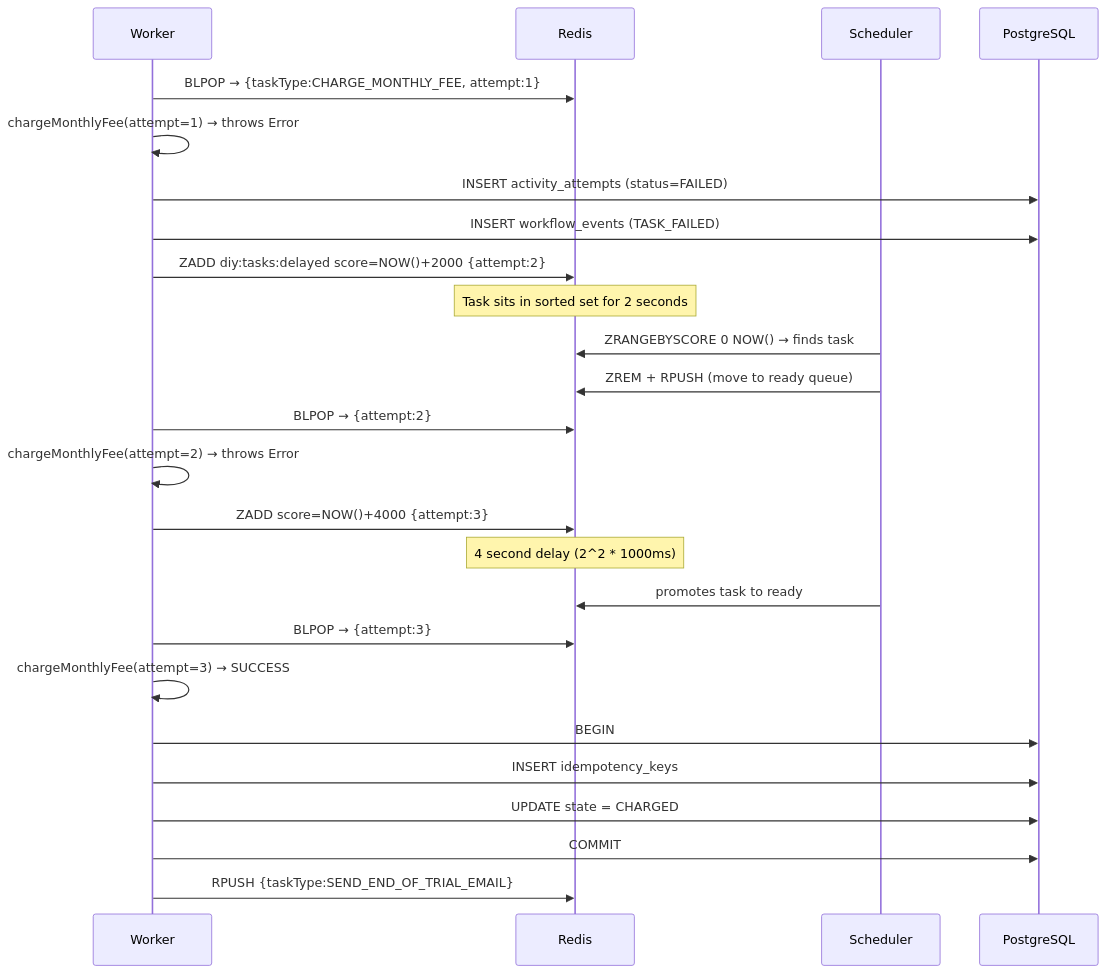
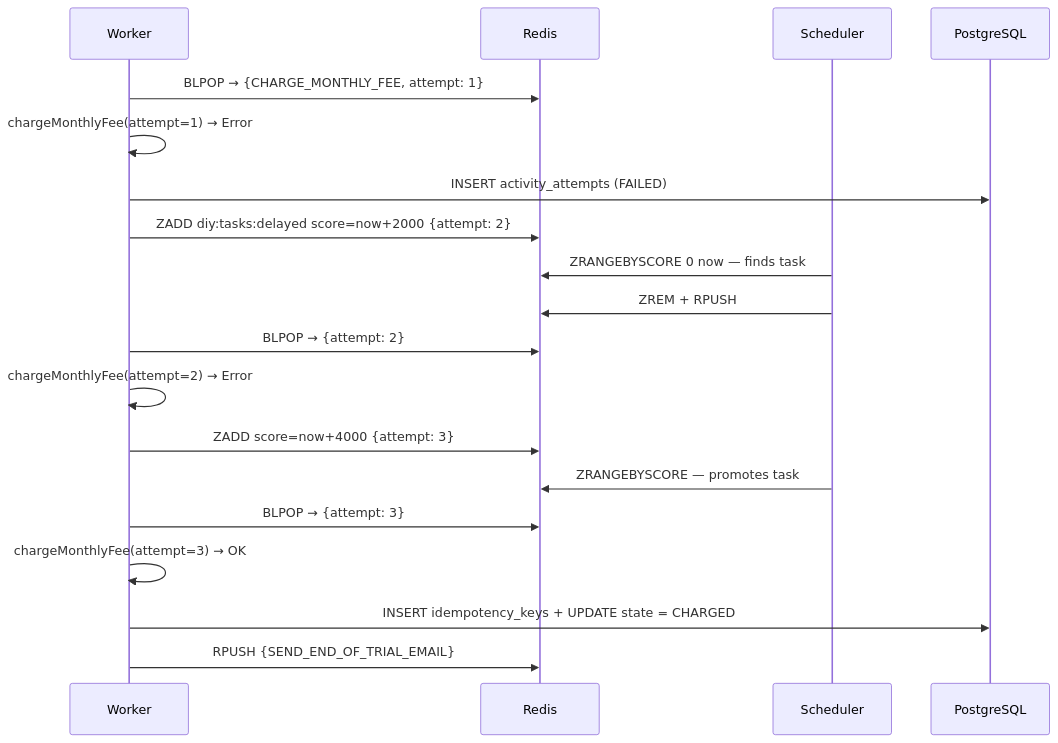
One commit to HackerM0nk/temporal-from-scratch changed the seventh of 7 diagrams in docs/architecture.md. Above: the diagram before and after it, drawn with Mermaid. The commit also changed other lines of this file and 1 other file, not shown here.

First line of the commit message:
Rewrite README and architecture docs

````diff
--- a/docs/architecture.md
+++ b/docs/architecture.md
@@ -275,33 +213,26 @@
 ```mermaid
 sequenceDiagram
     participant Worker
     participant Redis
     participant Scheduler
     participant PG as PostgreSQL
 
-    Worker->>Redis: BLPOP → {taskType:CHARGE_MONTHLY_FEE, attempt:1}
-    Worker->>Worker: chargeMonthlyFee(attempt=1) → throws Error
+    Worker->>Redis: BLPOP → {CHARGE_MONTHLY_FEE, attempt: 1}
+    Worker->>Worker: chargeMonthlyFee(attempt=1) → Error
+    Worker->>PG: INSERT activity_attempts (FAILED)
+    Worker->>Redis: ZADD diy:tasks:delayed score=now+2000 {attempt: 2}
 
-    Worker->>PG: INSERT activity_attempts (status=FAILED)
-    Worker->>PG: INSERT workflow_events (TASK_FAILED)
-    Worker->>Redis: ZADD diy:tasks:delayed score=NOW()+2000 {attempt:2}
-    Note over Redis: Task sits in sorted set for 2 seconds
+    Scheduler->>Redis: ZRANGEBYSCORE 0 now — finds task
+    Scheduler->>Redis: ZREM + RPUSH
 
-    Scheduler->>Redis: ZRANGEBYSCORE 0 NOW() → finds task
-    Scheduler->>Redis: ZREM + RPUSH (move to ready queue)
+    Worker->>Redis: BLPOP → {attempt: 2}
+    Worker->>Worker: chargeMonthlyFee(attempt=2) → Error
+    Worker->>Redis: ZADD score=now+4000 {attempt: 3}
 
-    Worker->>Redis: BLPOP → {attempt:2}
-    Worker->>Worker: chargeMonthlyFee(attempt=2) → throws Error
-    Worker->>Redis: ZADD score=NOW()+4000 {attempt:3}
+    Scheduler->>Redis: ZRANGEBYSCORE — promotes task
 
-    Note over Redis: 4 second delay (2^2 * 1000ms)
-
-    Scheduler->>Redis: promotes task to ready
-    Worker->>Redis: BLPOP → {attempt:3}
-    Worker->>Worker: chargeMonthlyFee(attempt=3) → SUCCESS
-    Worker->>PG: BEGIN
-    Worker->>PG: INSERT idempotency_keys
-    Worker->>PG: UPDATE state = CHARGED
-    Worker->>PG: COMMIT
-    Worker->>Redis: RPUSH {taskType:SEND_END_OF_TRIAL_EMAIL}
+    Worker->>Redis: BLPOP → {attempt: 3}
+    Worker->>Worker: chargeMonthlyFee(attempt=3) → OK
+    Worker->>PG: INSERT idempotency_keys + UPDATE state = CHARGED
+    Worker->>Redis: RPUSH {SEND_END_OF_TRIAL_EMAIL}
 ```
````
